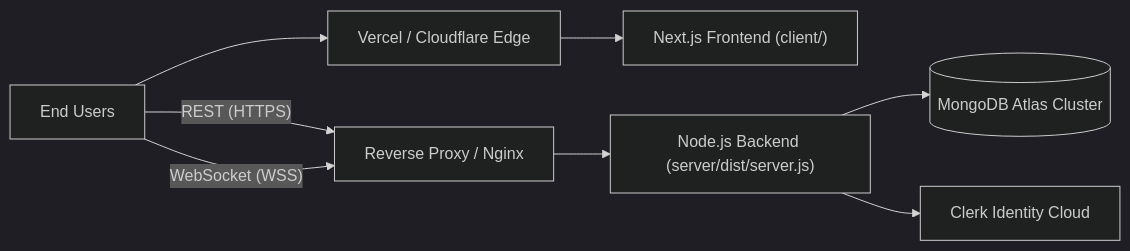
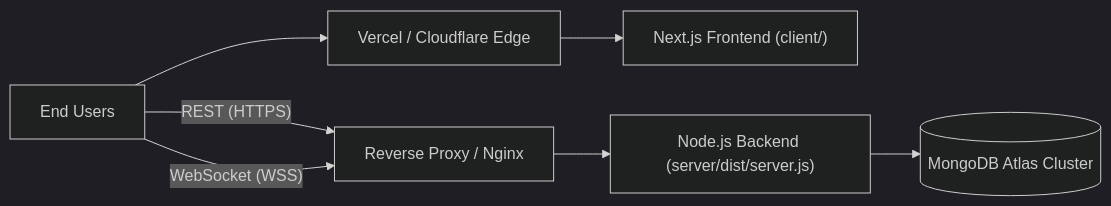
One commit to harshverma-25/CodeArena changed the diagram in docs/13-deployment-guide.md. Above: the diagram before and after it, drawn with Mermaid (dark theme). The commit also changed other lines of this file and 17 other files, not shown here.

Commit message:
docs: synchronize project documentation with current architecture

````diff
--- a/docs/13-deployment-guide.md
+++ b/docs/13-deployment-guide.md
@@ -11,12 +11,11 @@
 ```mermaid
 flowchart LR
     User["End Users"] --> CDN["Vercel / Cloudflare Edge"]
     CDN --> NextJS["Next.js Frontend (client/)"]
     
     User -- "REST (HTTPS)" --> LB["Reverse Proxy / Nginx"]
     User -- "WebSocket (WSS)" --> LB
     
     LB --> NodeCluster["Node.js Backend (server/dist/server.js)"]
     NodeCluster --> MongoAtlas[("MongoDB Atlas Cluster")]
-    NodeCluster --> ClerkService["Clerk Identity Cloud"]
 ```
````
